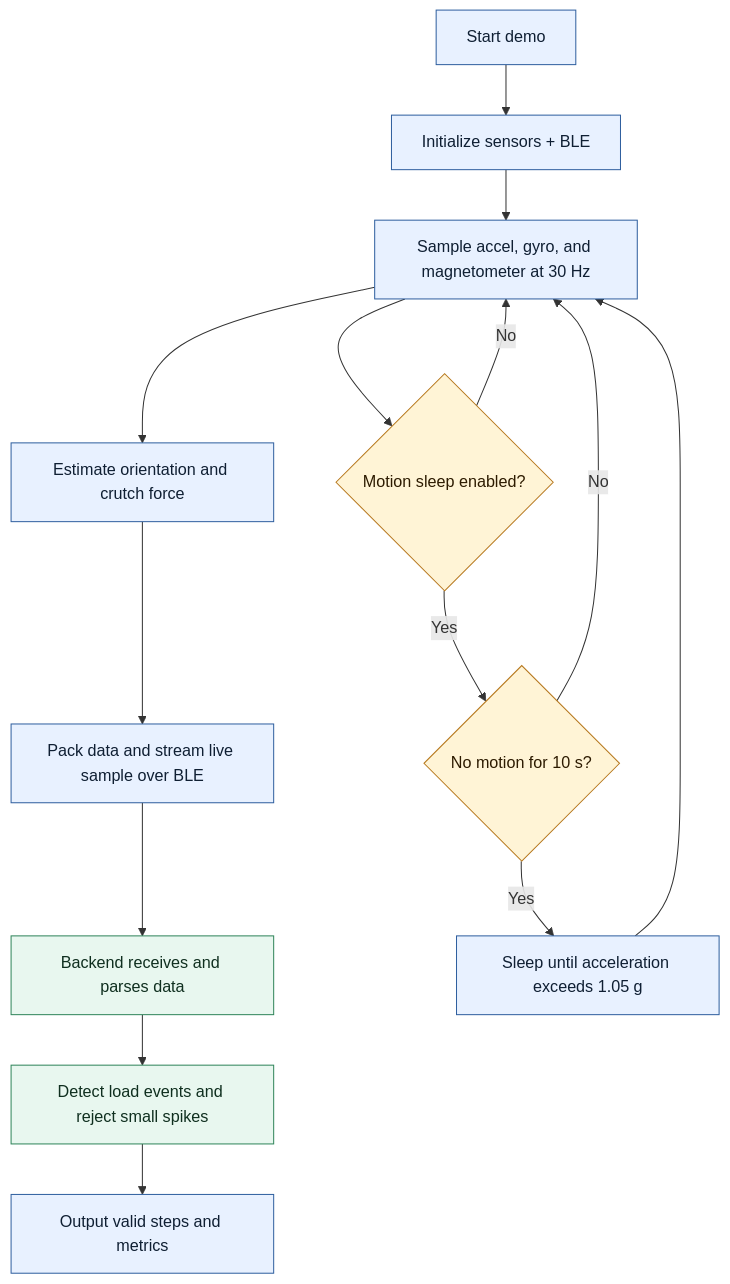
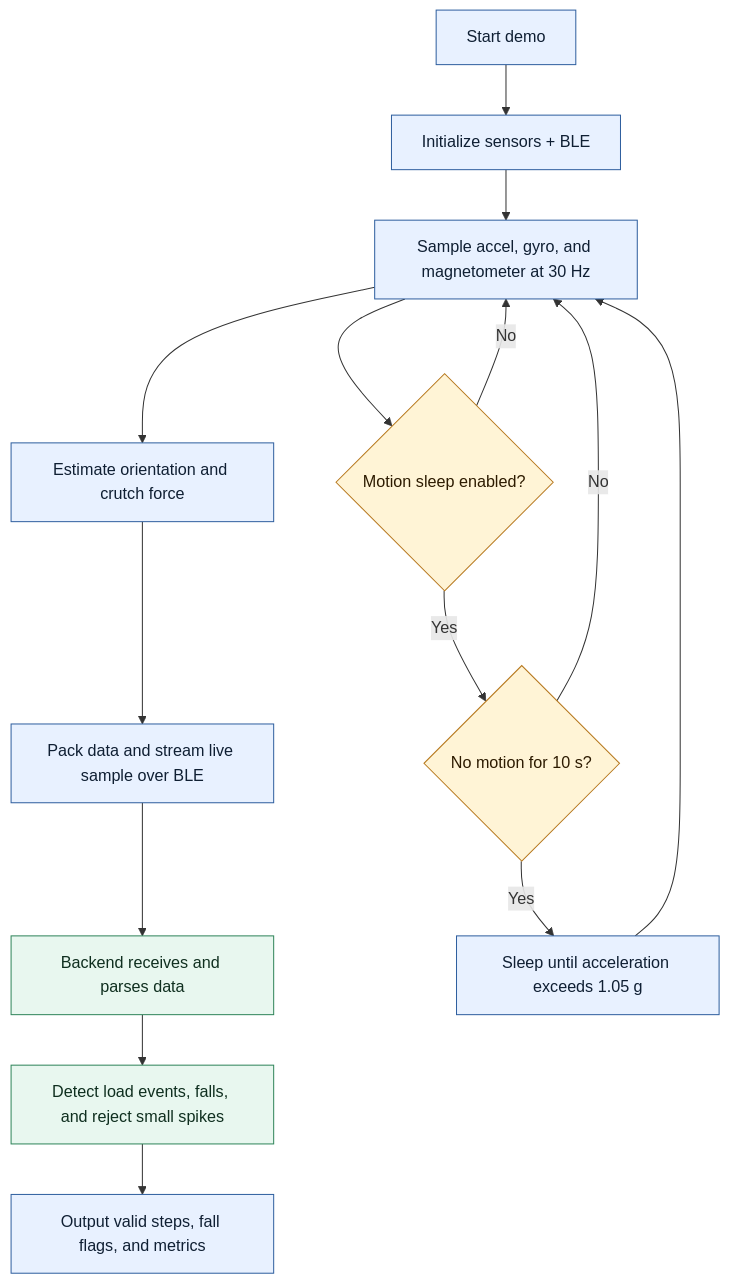
The diagram in cpp/software_flowchart_logic.md (Hassan-Himaz/GM1-Crutch), drawn with Mermaid before and after one commit. The commit also changed 5 other files, not shown here.

````diff
--- a/cpp/software_flowchart_logic.md
+++ b/cpp/software_flowchart_logic.md
@@ -3,25 +3,25 @@
 ```mermaid
 flowchart TD
     A[Start demo] --> B[Initialize sensors + BLE]
     B --> C[Sample accel, gyro, and magnetometer at 30 Hz]
     C --> D[Estimate orientation and crutch force]
     D --> E[Pack data and stream live sample over BLE]
     E --> F[Backend receives and parses data]
-    F --> G[Detect load events and reject small spikes]
-    G --> H[Output valid steps and metrics]
+    F --> G[Detect load events, falls, and reject small spikes]
+    G --> H[Output valid steps, fall flags, and metrics]
 
     C --> I{Motion sleep enabled?}
     I -- No --> C
     I -- Yes --> J{No motion for 10 s?}
     J -- No --> C
     J -- Yes --> K[Sleep until acceleration exceeds 1.05 g]
     K --> C
 
     classDef process fill:#e8f1ff,stroke:#2f5f9f,color:#0f1f33;
     classDef decision fill:#fff4d6,stroke:#b7791f,color:#2d1b00;
     classDef backend fill:#e8f7ef,stroke:#2f855a,color:#0f2f1f;
 
     class A,B,C,D,E,H,K process;
     class I,J decision;
     class F,G backend;
 ```
````
